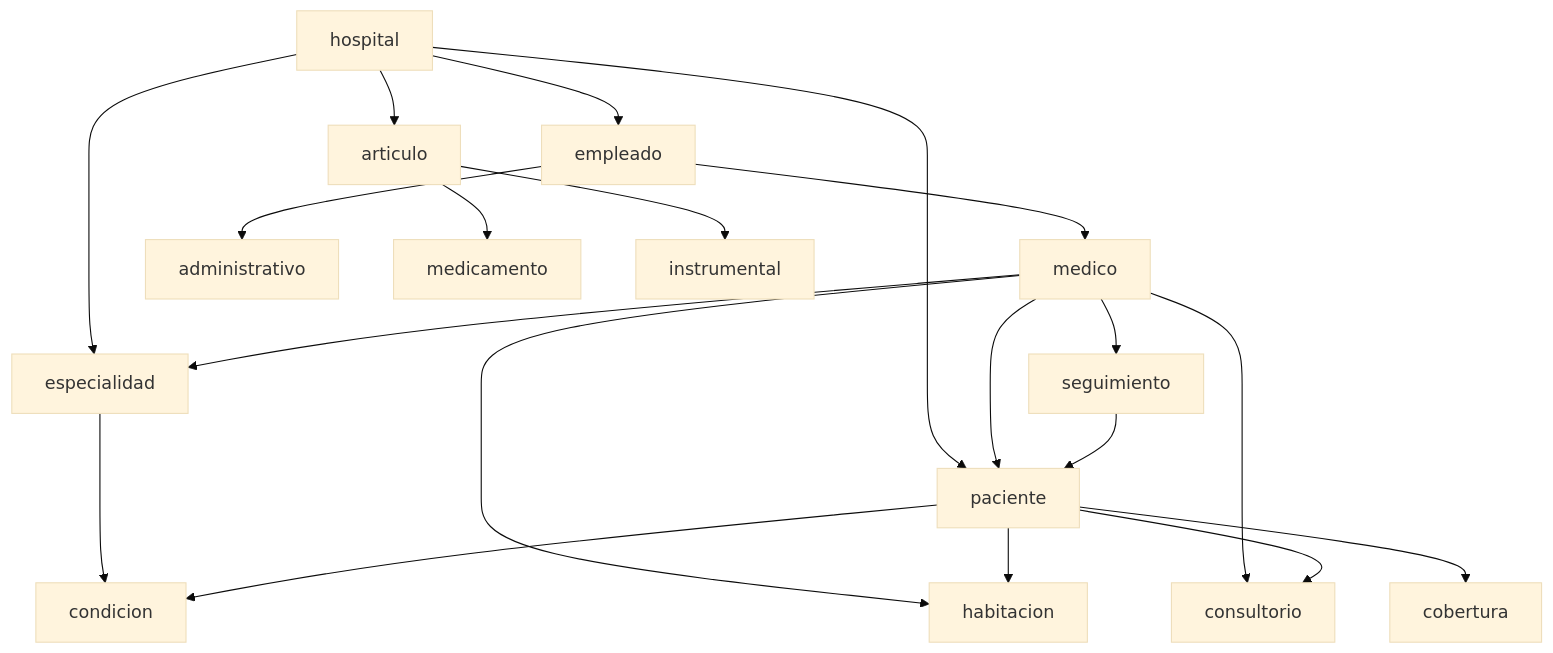
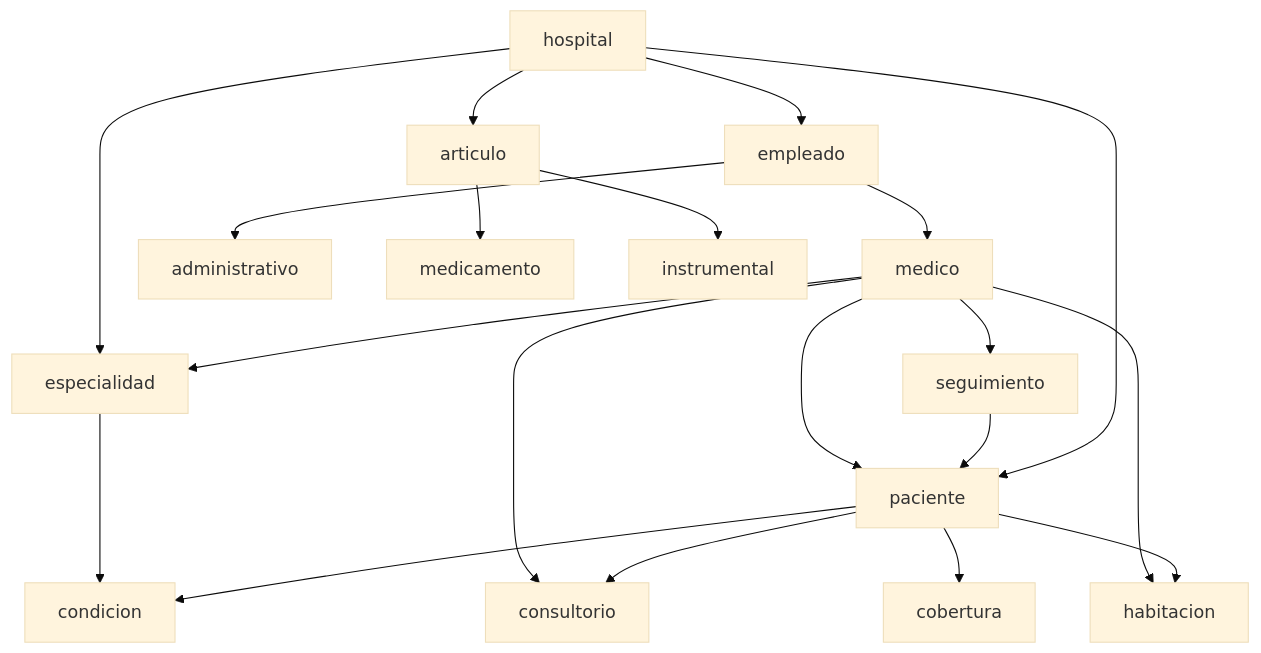
The diagram in hospital.md (C215714N/EducacionIT), drawn with Mermaid (base theme) before and after one commit. The commit also changed other lines of this file, not shown here.

Commit message:
ajuste diagrama de clases 2da version

````diff
--- a/hospital.md
+++ b/hospital.md
@@ -3,22 +3,22 @@
 ```mermaid
 graph TD;
 hospital-->paciente
+paciente-->condicion;
+paciente-->habitacion;
+paciente-->consultorio;
+paciente-->cobertura;
 hospital-->empleado;
-hospital-->articulo;
-hospital-->especialidad;
 empleado-->medico;
-empleado-->administrativo;
 medico-->seguimiento;
+seguimiento-->paciente;
 medico-->paciente;
 medico-->especialidad;
 medico-->consultorio;
 medico-->habitacion;
-especialidad-->condicion;
-seguimiento-->paciente;
-paciente-->condicion;
-paciente-->habitacion;
-paciente-->consultorio;
-paciente-->cobertura;
+empleado-->administrativo;
+hospital-->articulo;
 articulo-->medicamento;
 articulo-->instrumental;
+hospital-->especialidad;
+especialidad-->condicion;
 ```
````
